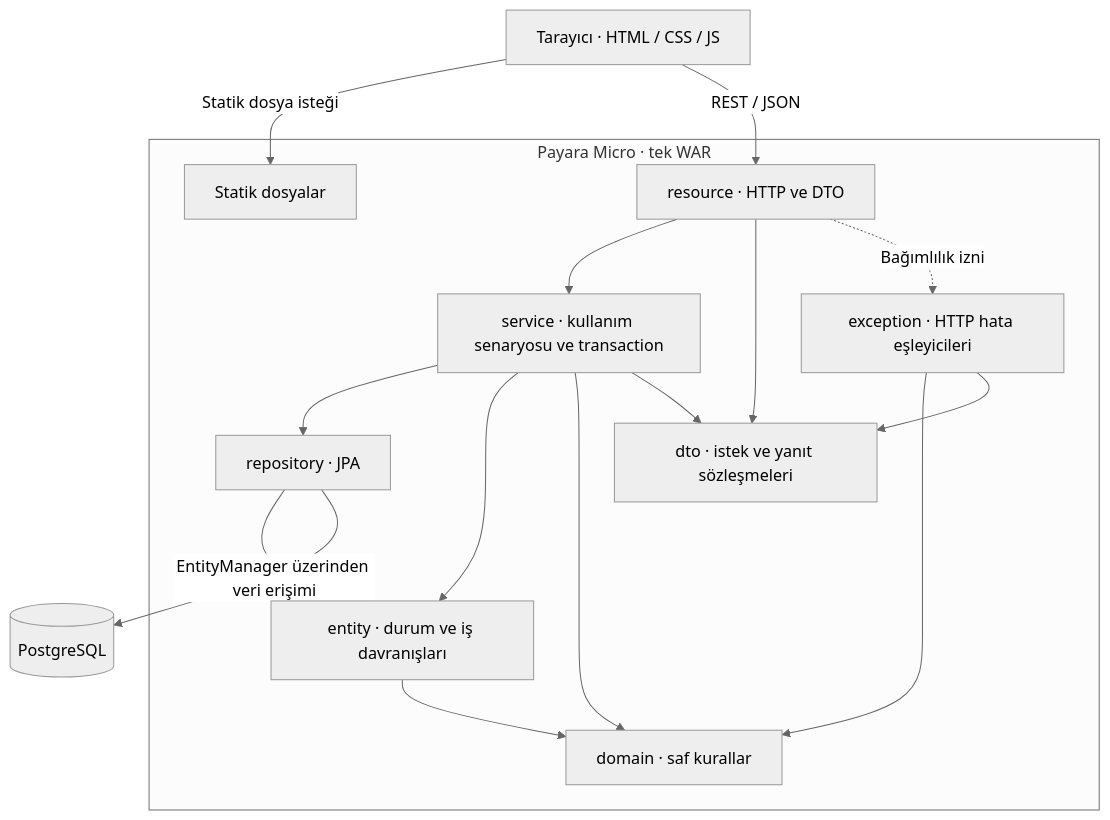
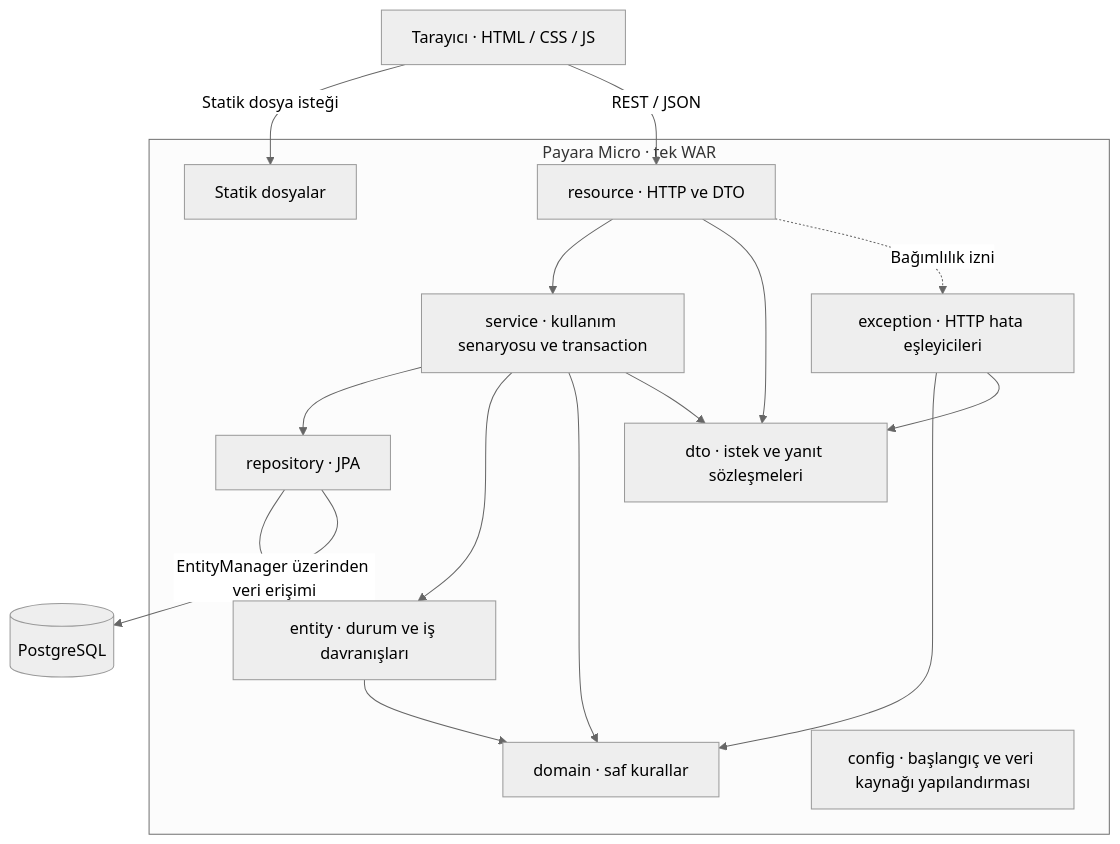
Before and after one commit to software-lecture-labs/basketball-league-manager: the diagram in docs/adr/0001-katmanli-mimari.md, drawn with Mermaid (neutral theme). The commit also changed other lines of this file, not shown here.

````diff
--- a/docs/adr/0001-katmanli-mimari.md
+++ b/docs/adr/0001-katmanli-mimari.md
@@ -96,29 +98,30 @@
 ```mermaid
 flowchart TB
     browser["Tarayıcı · HTML / CSS / JS"]
     subgraph server["Payara Micro · tek WAR"]
         ui["Statik dosyalar"]
         resource["resource · HTTP ve DTO"]
         service["service · kullanım senaryosu ve transaction"]
         repository["repository · JPA"]
         entity["entity · durum ve iş davranışları"]
         domain["domain · saf kurallar"]
         dto["dto · istek ve yanıt sözleşmeleri"]
         exception["exception · HTTP hata eşleyicileri"]
+        config["config · başlangıç ve veri kaynağı yapılandırması"]
         resource --> service
         resource --> dto
         resource -.->|Bağımlılık izni| exception
         service --> repository
         service --> entity
         service --> domain
         service --> dto
         repository --> entity
         entity --> domain
         exception --> domain
         exception --> dto
     end
     database[("PostgreSQL")]
     browser -->|Statik dosya isteği| ui
     browser -->|REST / JSON| resource
     repository -->|EntityManager üzerinden veri erişimi| database
 ```
````
